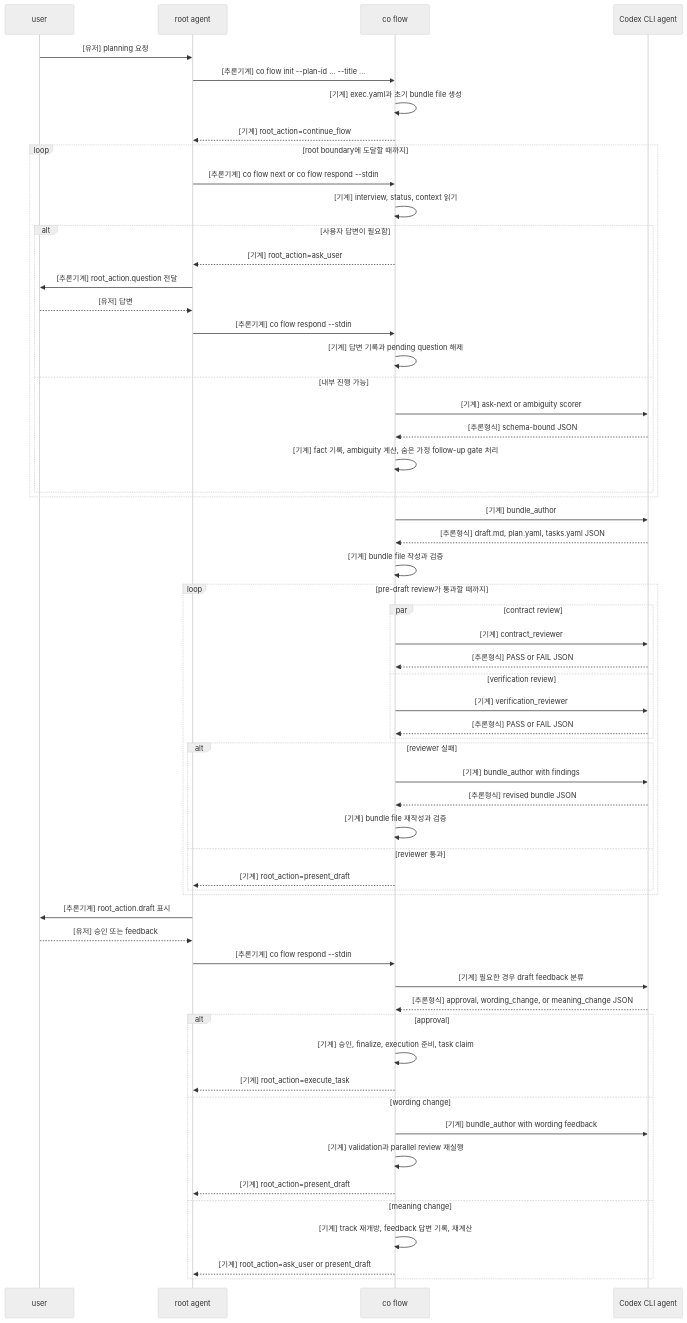
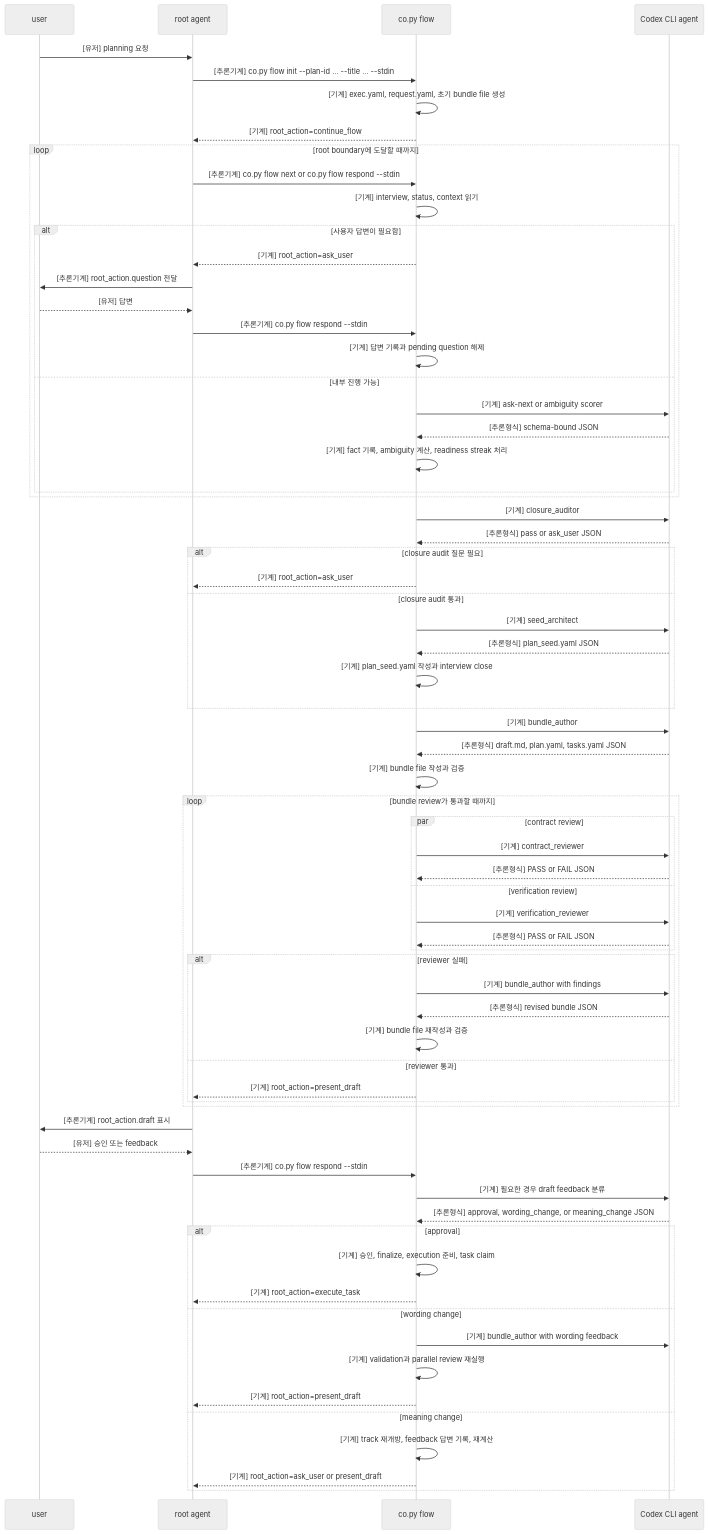
Before and after one commit to mym0404/coflow: the first of 2 diagrams in COPLAN.md, drawn with Mermaid (neutral theme). The commit also changed other lines of this file and 15 other files, not shown here.

Commit message:
feat: redesign coplan planner flow

````diff
--- a/COPLAN.md
+++ b/COPLAN.md
@@ -8,66 +8,76 @@
 ```mermaid
 sequenceDiagram
   participant User as user
   participant Root as root agent
-  participant Co as co flow
+  participant Co as co.py flow
   participant Agent as Codex CLI agent
 
   User->>Root: [유저] planning 요청
-  Root->>Co: [추론기계] co flow init --plan-id ... --title ...
-  Co->>Co: [기계] exec.yaml과 초기 bundle file 생성
+  Root->>Co: [추론기계] co.py flow init --plan-id ... --title ... --stdin
+  Co->>Co: [기계] exec.yaml, request.yaml, 초기 bundle file 생성
   Co-->>Root: [기계] root_action=continue_flow
 
   loop root boundary에 도달할 때까지
-    Root->>Co: [추론기계] co flow next or co flow respond --stdin
+    Root->>Co: [추론기계] co.py flow next or co.py flow respond --stdin
     Co->>Co: [기계] interview, status, context 읽기
     alt 사용자 답변이 필요함
       Co-->>Root: [기계] root_action=ask_user
       Root->>User: [추론기계] root_action.question 전달
       User-->>Root: [유저] 답변
-      Root->>Co: [추론기계] co flow respond --stdin
+      Root->>Co: [추론기계] co.py flow respond --stdin
       Co->>Co: [기계] 답변 기록과 pending question 해제
     else 내부 진행 가능
       Co->>Agent: [기계] ask-next or ambiguity scorer
       Agent-->>Co: [추론형식] schema-bound JSON
-      Co->>Co: [기계] fact 기록, ambiguity 계산, 숨은 가정 follow-up gate 처리
+      Co->>Co: [기계] fact 기록, ambiguity 계산, readiness streak 처리
     end
+  end
+
+  Co->>Agent: [기계] closure_auditor
+  Agent-->>Co: [추론형식] pass or ask_user JSON
+  alt closure audit 질문 필요
+    Co-->>Root: [기계] root_action=ask_user
+  else closure audit 통과
+    Co->>Agent: [기계] seed_architect
+    Agent-->>Co: [추론형식] plan_seed.yaml JSON
+    Co->>Co: [기계] plan_seed.yaml 작성과 interview close
   end
 
   Co->>Agent: [기계] bundle_author
   Agent-->>Co: [추론형식] draft.md, plan.yaml, tasks.yaml JSON
   Co->>Co: [기계] bundle file 작성과 검증
 
-  loop pre-draft review가 통과할 때까지
+  loop bundle review가 통과할 때까지
     par contract review
       Co->>Agent: [기계] contract_reviewer
       Agent-->>Co: [추론형식] PASS or FAIL JSON
     and verification review
       Co->>Agent: [기계] verification_reviewer
       Agent-->>Co: [추론형식] PASS or FAIL JSON
     end
     alt reviewer 실패
       Co->>Agent: [기계] bundle_author with findings
       Agent-->>Co: [추론형식] revised bundle JSON
       Co->>Co: [기계] bundle file 재작성과 검증
     else reviewer 통과
       Co-->>Root: [기계] root_action=present_draft
     end
   end
 
   Root->>User: [추론기계] root_action.draft 표시
   User-->>Root: [유저] 승인 또는 feedback
-  Root->>Co: [추론기계] co flow respond --stdin
+  Root->>Co: [추론기계] co.py flow respond --stdin
   Co->>Agent: [기계] 필요한 경우 draft feedback 분류
   Agent-->>Co: [추론형식] approval, wording_change, or meaning_change JSON
   alt approval
     Co->>Co: [기계] 승인, finalize, execution 준비, task claim
     Co-->>Root: [기계] root_action=execute_task
   else wording change
     Co->>Agent: [기계] bundle_author with wording feedback
     Co->>Co: [기계] validation과 parallel review 재실행
     Co-->>Root: [기계] root_action=present_draft
   else meaning change
     Co->>Co: [기계] track 재개방, feedback 답변 기록, 재계산
     Co-->>Root: [기계] root_action=ask_user or present_draft
   end
 ```
````
